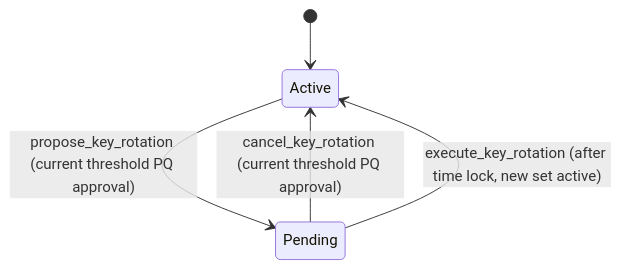
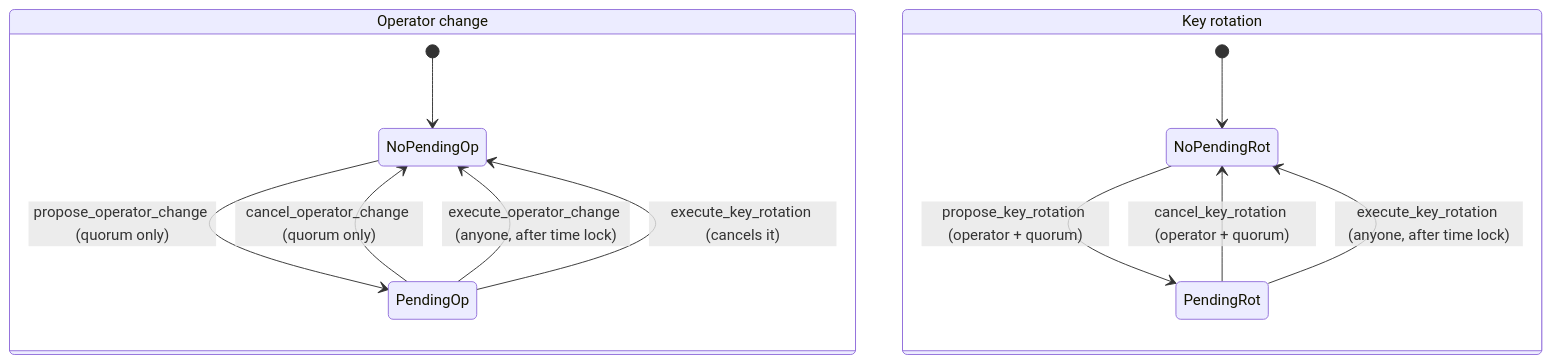
Before and after one commit to osdeniz/qrypton-vault: the third of 3 diagrams in docs/architecture.md, drawn with Mermaid. The commit also changed other lines of this file and 2 other files, not shown here.

````diff
--- a/docs/architecture.md
+++ b/docs/architecture.md
@@ -116,7 +138,16 @@
 ```mermaid
 stateDiagram-v2
-    [*] --> Active
-    Active --> Pending: propose_key_rotation (current threshold PQ approval)
-    Pending --> Active: cancel_key_rotation (current threshold PQ approval)
-    Pending --> Active: execute_key_rotation (after time lock, new set active)
+    state "Operator change" as OC {
+        [*] --> NoPendingOp
+        NoPendingOp --> PendingOp: propose_operator_change (quorum only)
+        PendingOp --> NoPendingOp: cancel_operator_change (quorum only)
+        PendingOp --> NoPendingOp: execute_operator_change (anyone, after time lock)
+        PendingOp --> NoPendingOp: execute_key_rotation (cancels it)
+    }
+    state "Key rotation" as KR {
+        [*] --> NoPendingRot
+        NoPendingRot --> PendingRot: propose_key_rotation (operator + quorum)
+        PendingRot --> NoPendingRot: cancel_key_rotation (operator + quorum)
+        PendingRot --> NoPendingRot: execute_key_rotation (anyone, after time lock)
+    }
 ```
````
